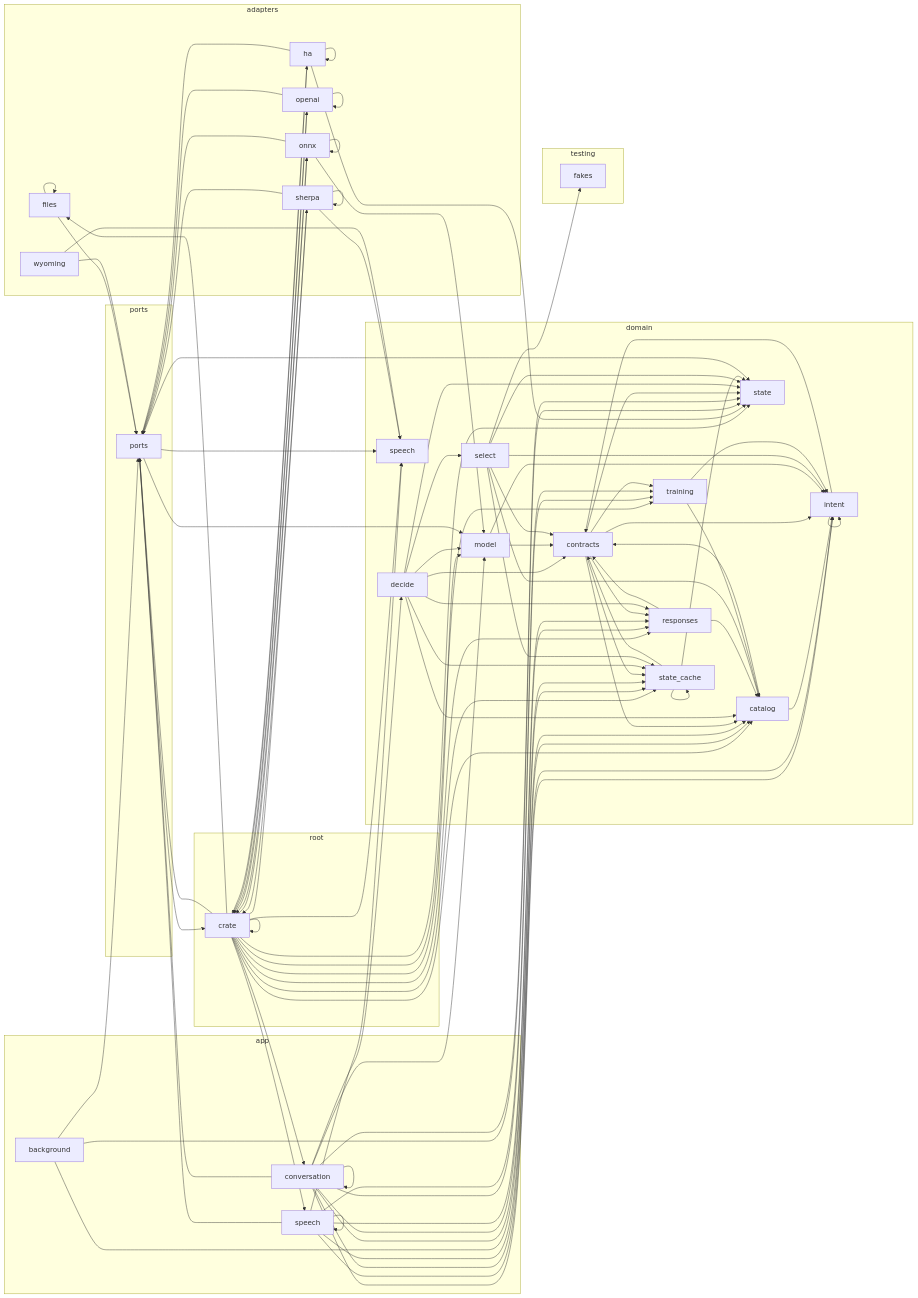
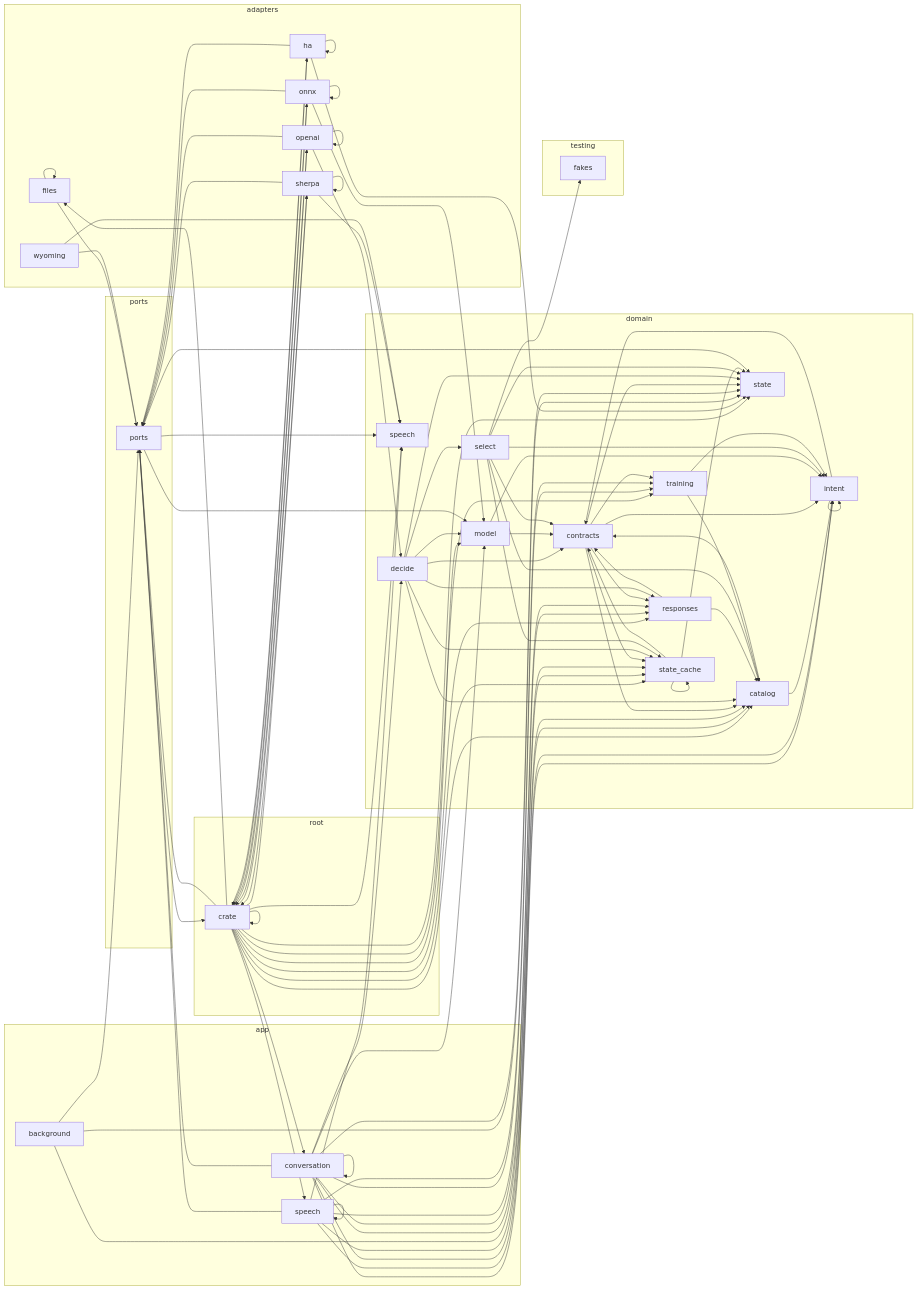
Before and after one commit to louislang/ha-jarvis: the diagram in docs/architecture.md, drawn with Mermaid. The commit also changed 4 other files, not shown here.

```diff
--- a/docs/architecture.md
+++ b/docs/architecture.md
@@ -67,6 +67,7 @@
     crate_adapters_onnx --> crate_ports
     crate_adapters_openai --> crate
     crate_adapters_openai --> crate_adapters_openai
+    crate_adapters_openai --> crate_domain_decide
     crate_adapters_openai --> crate_ports
     crate_adapters_sherpa --> crate
     crate_adapters_sherpa --> crate_adapters_sherpa
```
